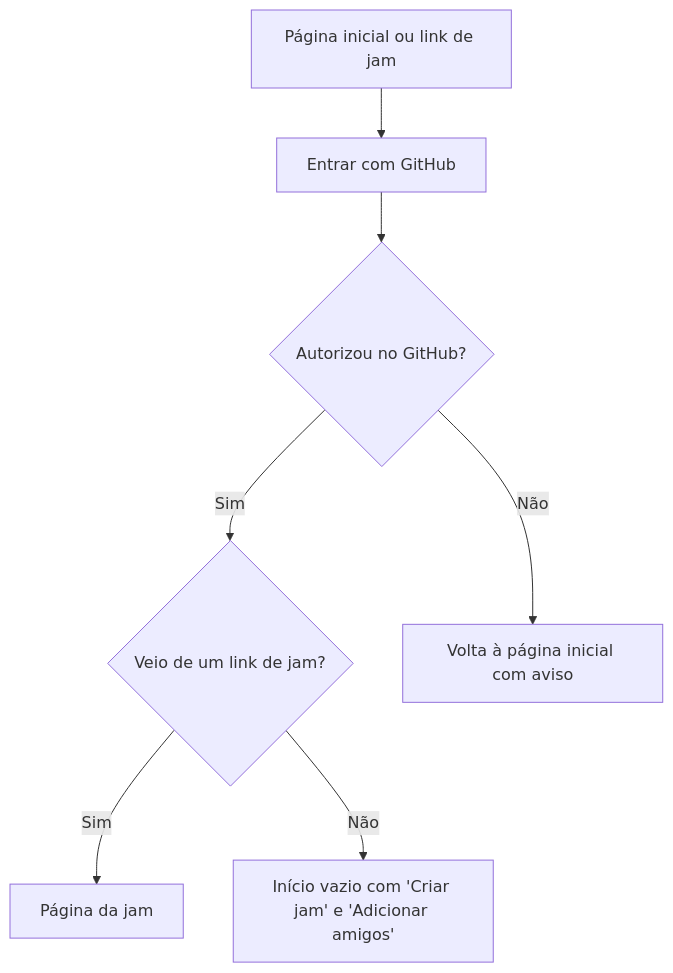
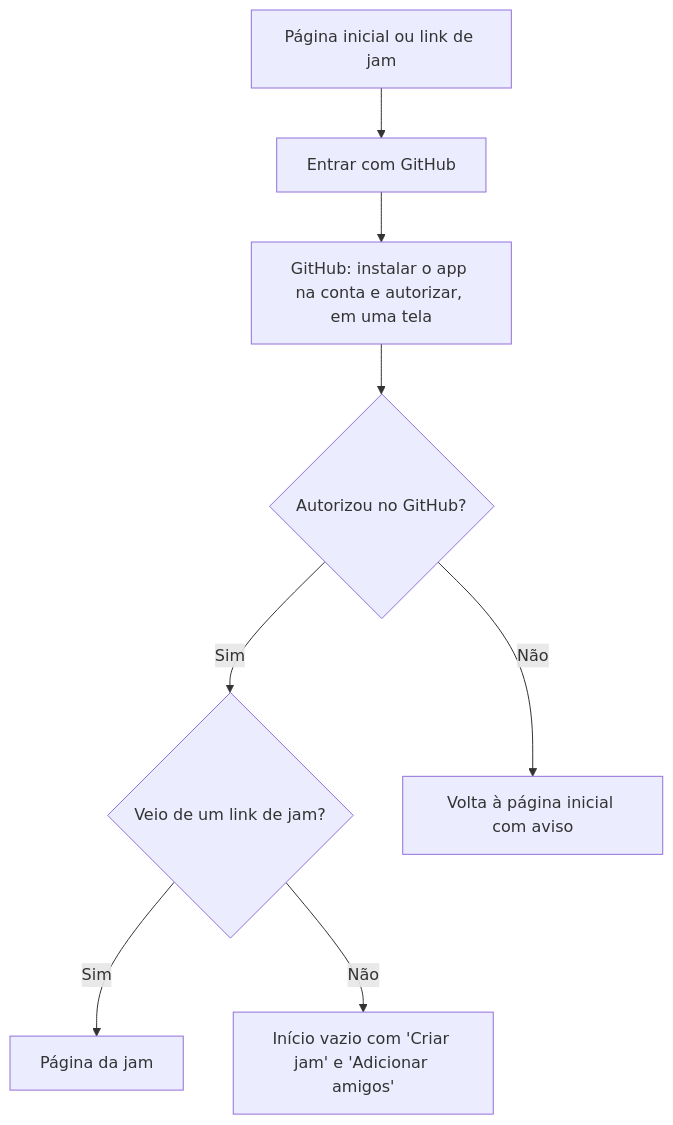
Before and after one commit to LucasOlvrAndrade/coodevelopment: the second of 9 diagrams in docs/front-end-spec.md, drawn with Mermaid. The commit also changed other lines of this file and 3 other files, not shown here.

````diff
--- a/docs/front-end-spec.md
+++ b/docs/front-end-spec.md
@@ -117,9 +119,10 @@
 ```mermaid
 graph TD
     A[Página inicial ou link de jam] --> B[Entrar com GitHub]
-    B --> C{Autorizou no GitHub?}
+    B --> B1[GitHub: instalar o app na conta e autorizar, em uma tela]
+    B1 --> C{Autorizou no GitHub?}
     C -- Sim --> D{Veio de um link de jam?}
     C -- Não --> E[Volta à página inicial com aviso]
     D -- Sim --> F[Página da jam]
     D -- Não --> G[Início vazio com 'Criar jam' e 'Adicionar amigos']
 ```
````
